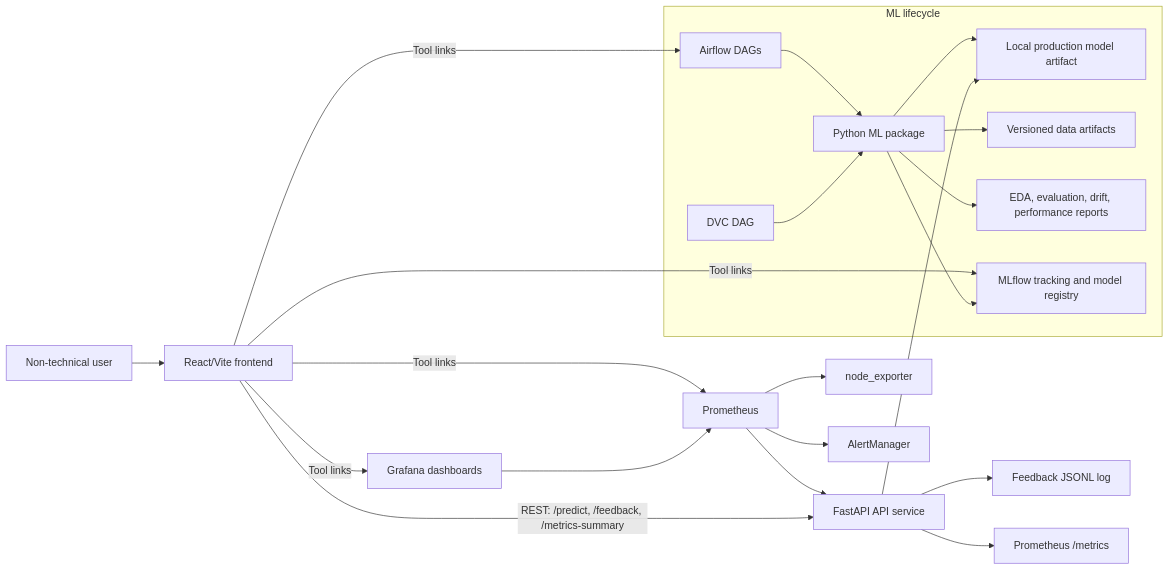
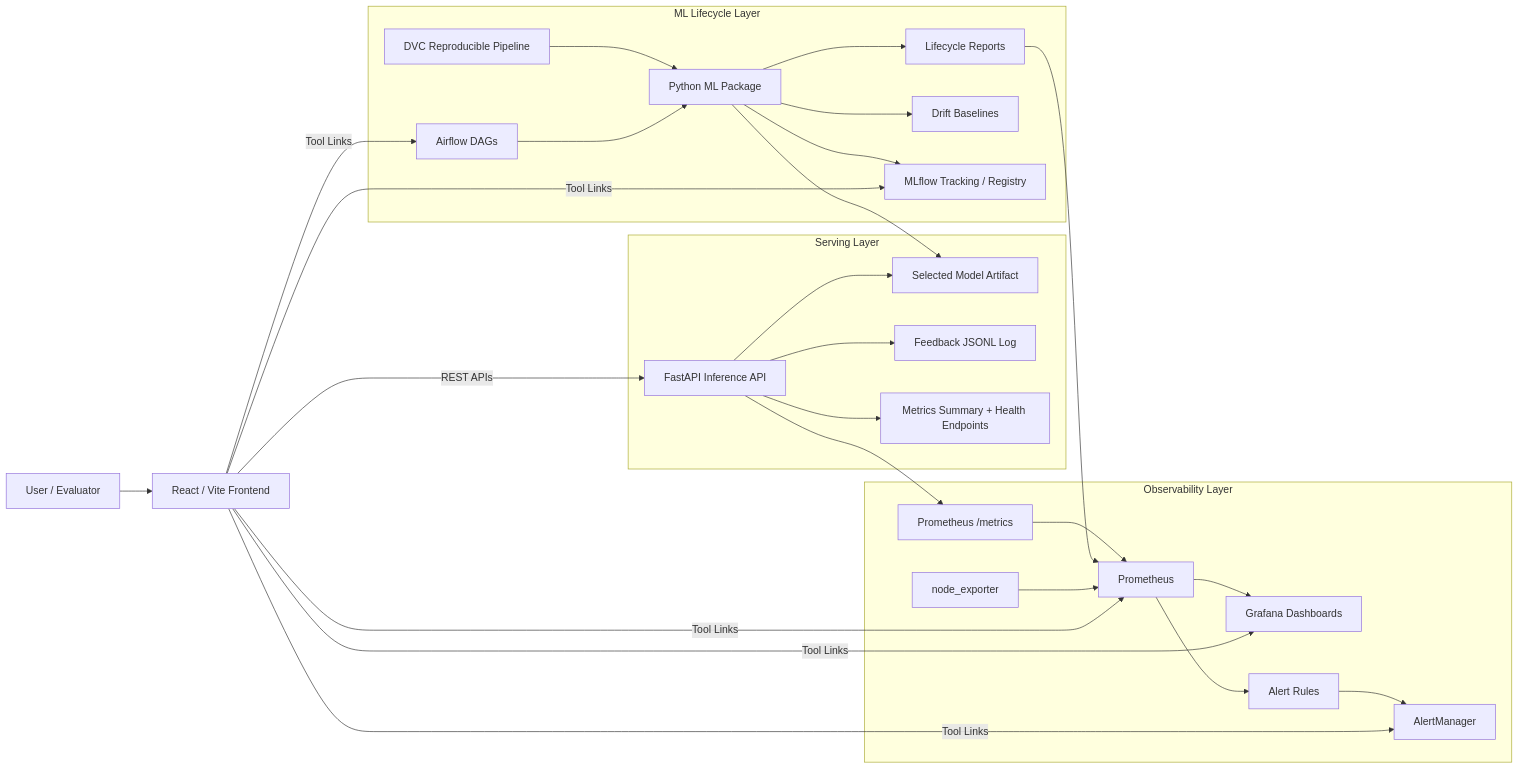
Before and after one commit to AkshayAmbekar26/da5402-final-project: the first of 4 diagrams in docs/architecture.md, drawn with Mermaid. The commit also changed other lines of this file and 2 other files, not shown here.

````diff
--- a/docs/architecture.md
+++ b/docs/architecture.md
@@ -11,26 +11,36 @@
 ```mermaid
 flowchart LR
-  User["Non-technical user"] --> FE["React/Vite frontend"]
-  FE -->|"REST: /predict, /feedback, /metrics-summary"| API["FastAPI API service"]
-  API --> Model["Local production model artifact"]
-  API --> Feedback["Feedback JSONL log"]
-  API --> Metrics["Prometheus /metrics"]
+  User["User / Evaluator"] --> FE["React / Vite Frontend"]
+  FE -->|"REST APIs"| API["FastAPI Inference API"]
 
-  subgraph MLLifecycle["ML lifecycle"]
-    DVC["DVC DAG"] --> Pipeline["Python ML package"]
-    Airflow["Airflow DAGs"] --> Pipeline
-    Pipeline --> Data["Versioned data artifacts"]
-    Pipeline --> Reports["EDA, evaluation, drift, performance reports"]
-    Pipeline --> MLflow["MLflow tracking and model registry"]
-    Pipeline --> Model
+  subgraph Serving["Serving Layer"]
+    API --> Model["Selected Model Artifact"]
+    API --> Feedback["Feedback JSONL Log"]
+    API --> Summary["Metrics Summary + Health Endpoints"]
   end
 
-  Prometheus["Prometheus"] --> API
-  Prometheus --> NodeExporter["node_exporter"]
-  Prometheus --> AlertManager["AlertManager"]
-  Grafana["Grafana dashboards"] --> Prometheus
-  FE -->|"Tool links"| Airflow
-  FE -->|"Tool links"| MLflow
-  FE -->|"Tool links"| Prometheus
-  FE -->|"Tool links"| Grafana
+  subgraph Lifecycle["ML Lifecycle Layer"]
+    DVC["DVC Reproducible Pipeline"] --> MLPkg["Python ML Package"]
+    Airflow["Airflow DAGs"] --> MLPkg
+    MLPkg --> Reports["Lifecycle Reports"]
+    MLPkg --> Baselines["Drift Baselines"]
+    MLPkg --> Model
+    MLPkg --> MLflow["MLflow Tracking / Registry"]
+  end
+
+  subgraph Observability["Observability Layer"]
+    API --> Metrics["Prometheus /metrics"]
+    Metrics --> Prometheus["Prometheus"]
+    Reports --> Prometheus
+    Prometheus --> Grafana["Grafana Dashboards"]
+    Prometheus --> AlertRules["Alert Rules"]
+    AlertRules --> AlertManager["AlertManager"]
+    NodeExporter["node_exporter"] --> Prometheus
+  end
+
+  FE -->|"Tool Links"| Airflow
+  FE -->|"Tool Links"| MLflow
+  FE -->|"Tool Links"| Grafana
+  FE -->|"Tool Links"| Prometheus
+  FE -->|"Tool Links"| AlertManager
 ```
````
